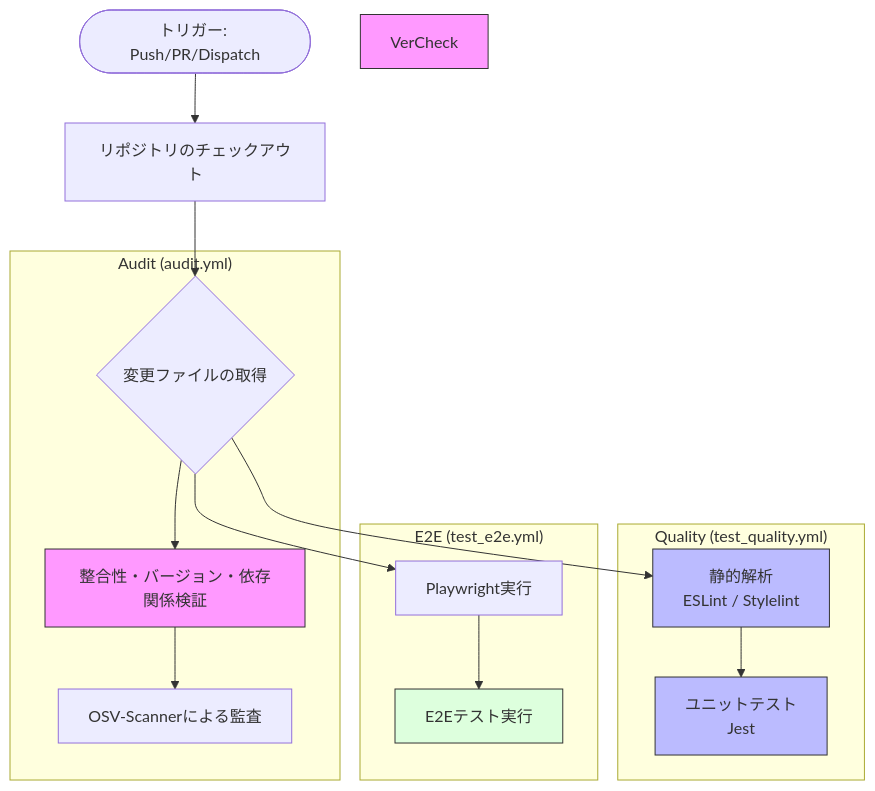
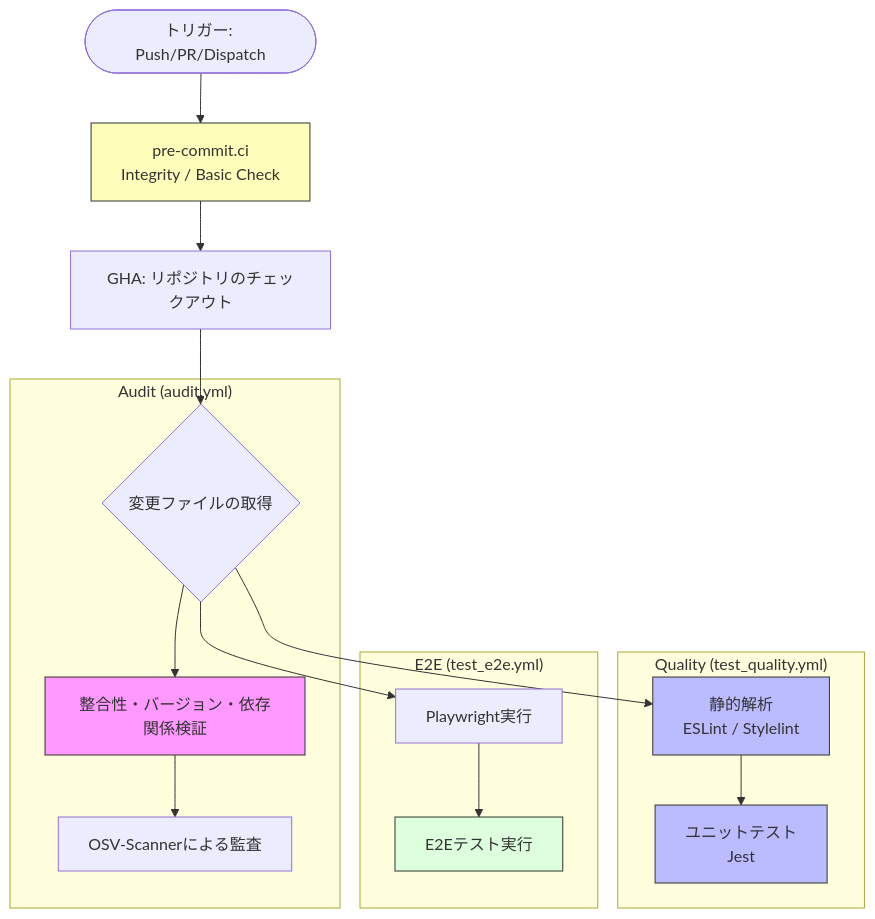
Before and after one commit to masanori-satake/QuickLog-Solo: the first of 2 diagrams in docs/README_ACTIONS.md, drawn with Mermaid. The commit also changed other lines of this file and 3 other files, not shown here.

First line of the commit message:
docs: pre-commit.ci導入に伴うワークフロー説明の改訂とドキュメント整合性の修正

````diff
--- a/docs/README_ACTIONS.md
+++ b/docs/README_ACTIONS.md
@@ -82,26 +95,27 @@
 ```mermaid
 graph TD
-    Start([トリガー: Push/PR/Dispatch]) --> Checkout[リポジトリのチェックアウト]
+    Start([トリガー: Push/PR/Dispatch]) --> PreCommit[pre-commit.ci<br/>Integrity / Basic Check]
+    PreCommit --> Checkout[GHA: リポジトリのチェックアウト]
     Checkout --> GetChanged{変更ファイルの取得}
 
     subgraph "Audit (audit.yml)"
         GetChanged --> CleanCheck[整合性・バージョン・依存関係検証]
         CleanCheck --> OSVScan[OSV-Scannerによる監査]
     end
 
     subgraph "Quality (test_quality.yml)"
         GetChanged --> Lint[静的解析<br/>ESLint / Stylelint]
         Lint --> UnitTests[ユニットテスト<br/>Jest]
     end
 
     subgraph "E2E (test_e2e.yml)"
         GetChanged --> Playwright[Playwright実行]
         Playwright --> RunE2E[E2Eテスト実行]
     end
 
     style CleanCheck fill:#f9f,stroke:#333
-    style VerCheck fill:#f9f,stroke:#333
+    style PreCommit fill:#ffb,stroke:#333
     style Lint fill:#bbf,stroke:#333
     style UnitTests fill:#bbf,stroke:#333
     style RunE2E fill:#dfd,stroke:#333
 ```
````
